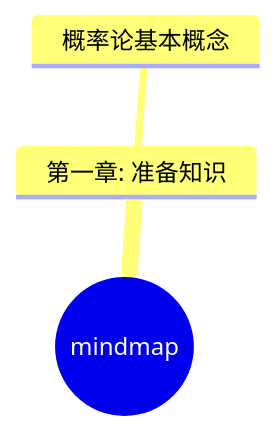
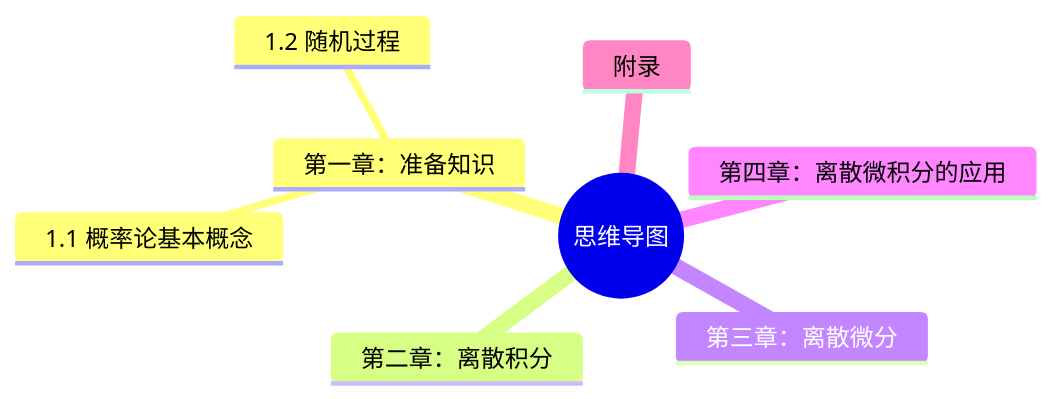
The diagram in math/230715-stochastic-calculus.md (damonYuan/gitbook), drawn with Mermaid before and after one commit.

Commit message:
GITBOOK-23: change request with no subject merged in GitBook

````diff
--- a/math/230715-stochastic-calculus.md
+++ b/math/230715-stochastic-calculus.md
@@ -11,7 +11,12 @@
 ```mermaid
 mindmap
-  root((mindmap))
-    第一章: 准备知识 
-      概率论基本概念
+  root((思维导图))
+    第一章：准备知识 
+      1.1 概率论基本概念
+      1.2 随机过程
+    第二章：离散积分
+    第三章：离散微分
+    第四章：离散微积分的应用
+    附录
  
 ```
````
